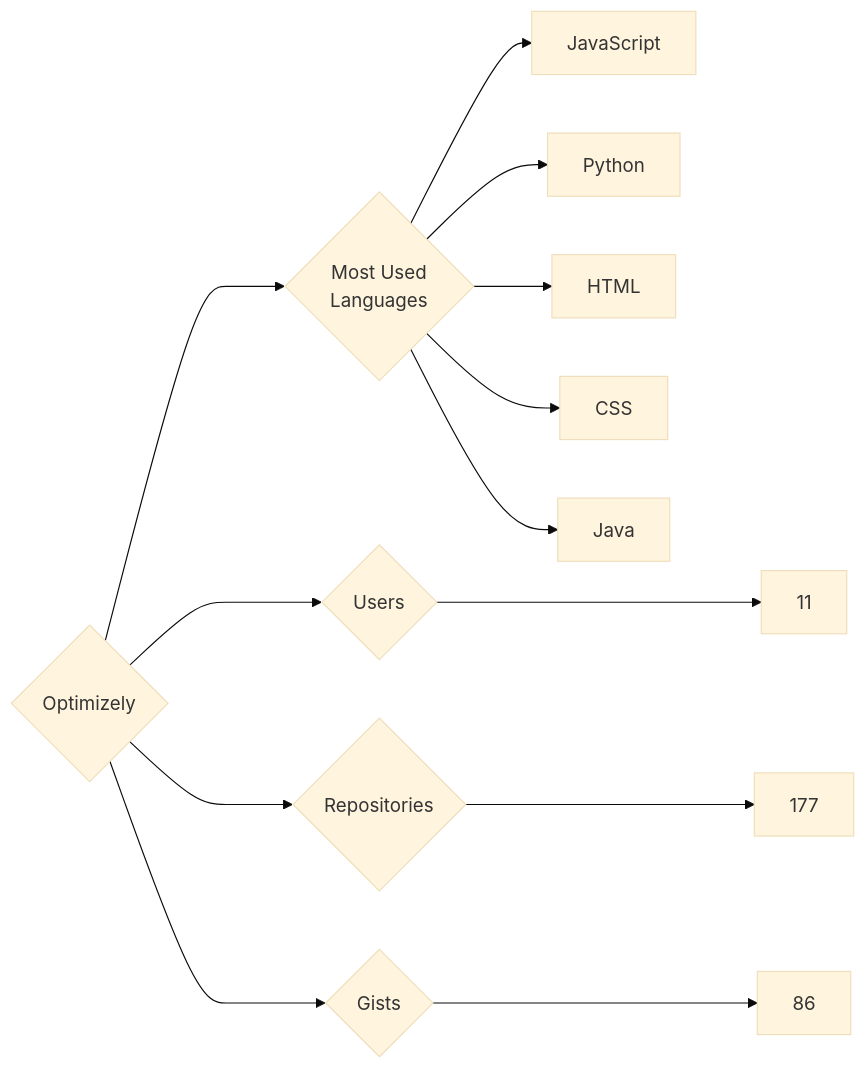
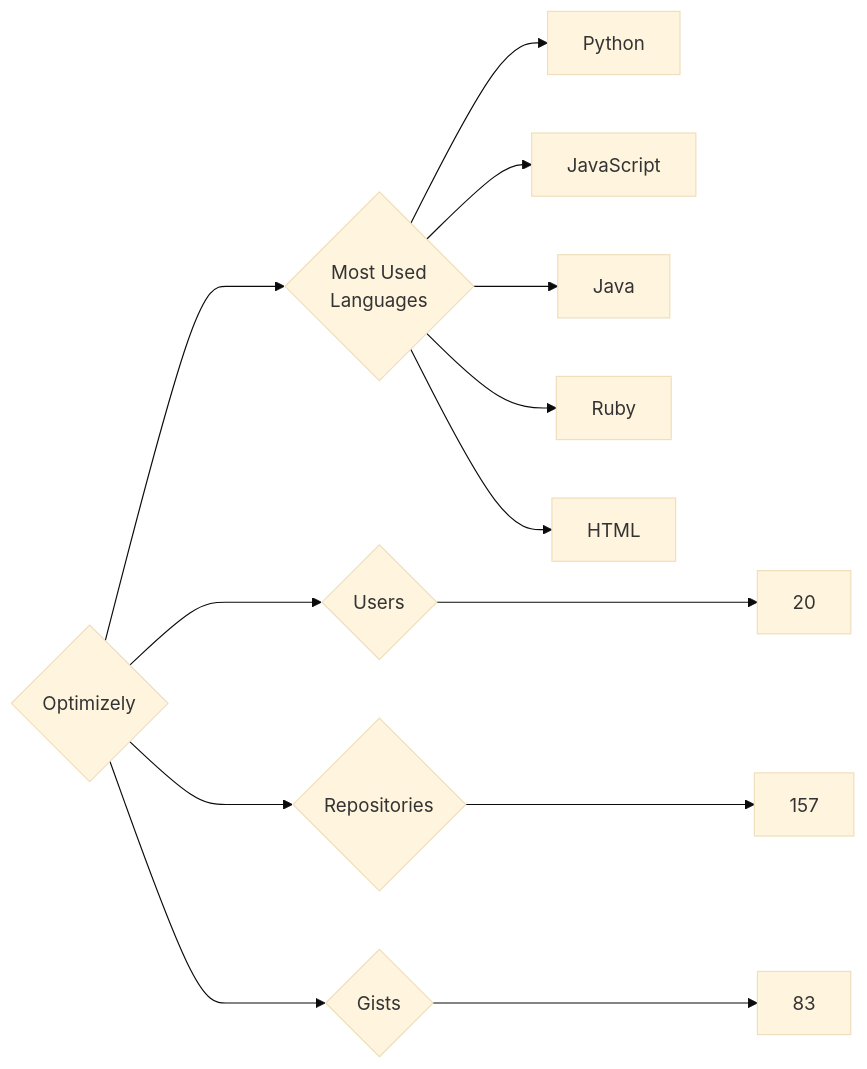
Before and after one commit to trickest/insiders: the diagram in targets/Optimizely/README.md, drawn with Mermaid (base theme). The commit also changed 955 other files, not shown here.

````diff
--- a/targets/Optimizely/README.md
+++ b/targets/Optimizely/README.md
@@ -3,13 +3,13 @@
 ```mermaid
 graph LR
 COMPANY_NAME{Optimizely}
-COMPANY_NAME ---> U{Users} ---> UN[11]
-COMPANY_NAME ---> R{Repositories} ---> RN[177]
-COMPANY_NAME ---> G{Gists} ---> GN[86]
+COMPANY_NAME ---> U{Users} ---> UN[20]
+COMPANY_NAME ---> R{Repositories} ---> RN[157]
+COMPANY_NAME ---> G{Gists} ---> GN[83]
 COMPANY_NAME ---> ML{Most Used<br>Languages}
+ML --> Python[Python]
 ML --> JavaScript[JavaScript]
-ML --> Python[Python]
+ML --> Java[Java]
+ML --> Ruby[Ruby]
 ML --> HTML[HTML]
-ML --> CSS[CSS]
-ML --> Java[Java]
 ```
````
